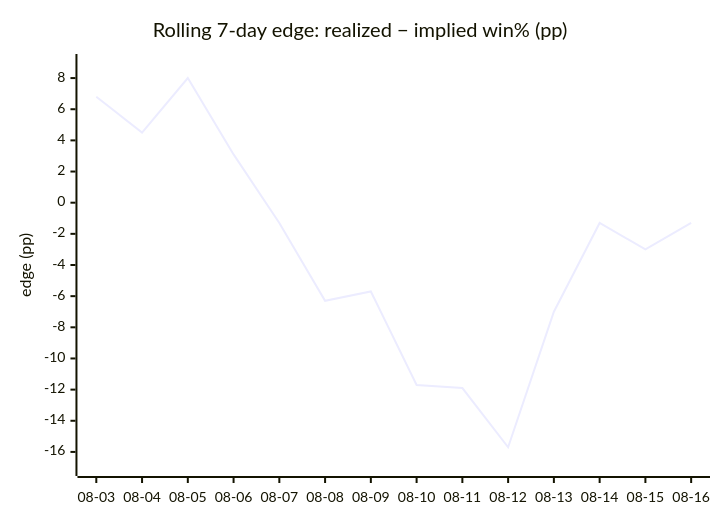
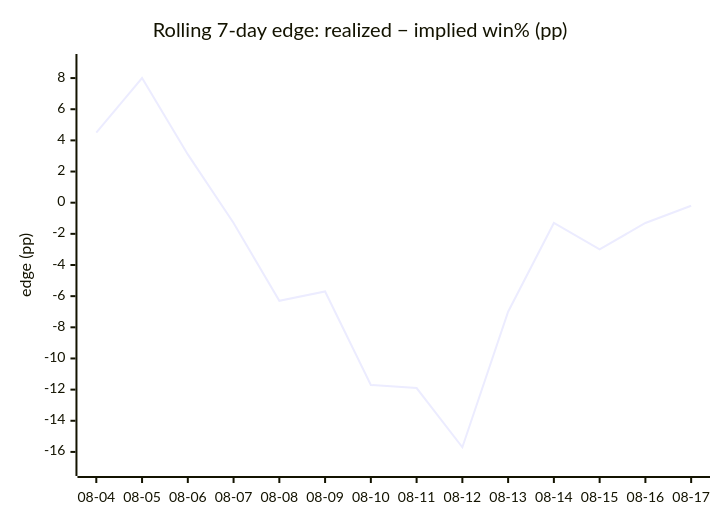
The fourth of 4 diagrams in DAILY_AGSU_REPORT.md (dpk1212/nhl-savant), drawn with Mermaid before and after one commit. The commit also changed other lines of this file, not shown here.

````diff
--- a/DAILY_AGSU_REPORT.md
+++ b/DAILY_AGSU_REPORT.md
@@ -821,7 +816,7 @@
 ```mermaid
 xychart-beta
     title "Rolling 7-day edge: realized − implied win% (pp)"
-    x-axis ["08-03", "08-04", "08-05", "08-06", "08-07", "08-08", "08-09", "08-10", "08-11", "08-12", "08-13", "08-14", "08-15", "08-16"]
+    x-axis ["08-04", "08-05", "08-06", "08-07", "08-08", "08-09", "08-10", "08-11", "08-12", "08-13", "08-14", "08-15", "08-16", "08-17"]
     y-axis "edge (pp)" -17 --> 9
-    line [6.8, 4.5, 8, 3.1, -1.3, -6.3, -5.7, -11.7, -11.9, -15.7, -7, -1.3, -3, -1.3]
+    line [4.5, 8, 3.1, -1.3, -6.3, -5.7, -11.7, -11.9, -15.7, -7, -1.3, -3, -1.3, -0.2]
 ```
````
